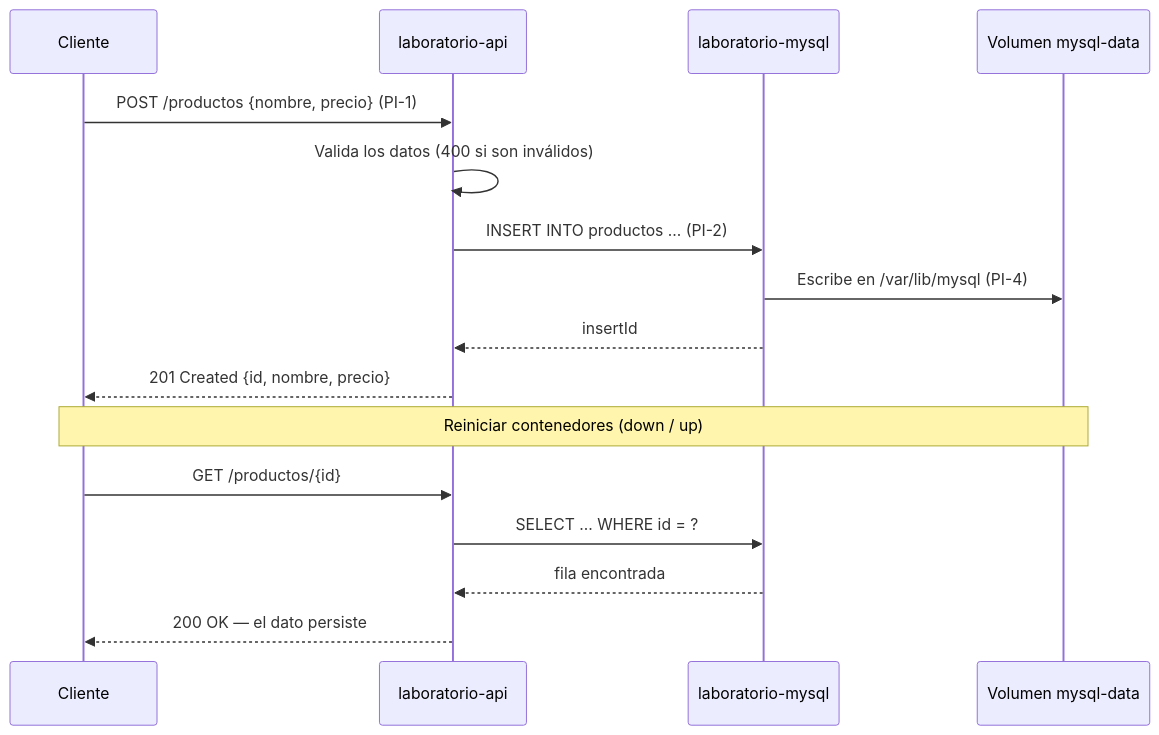
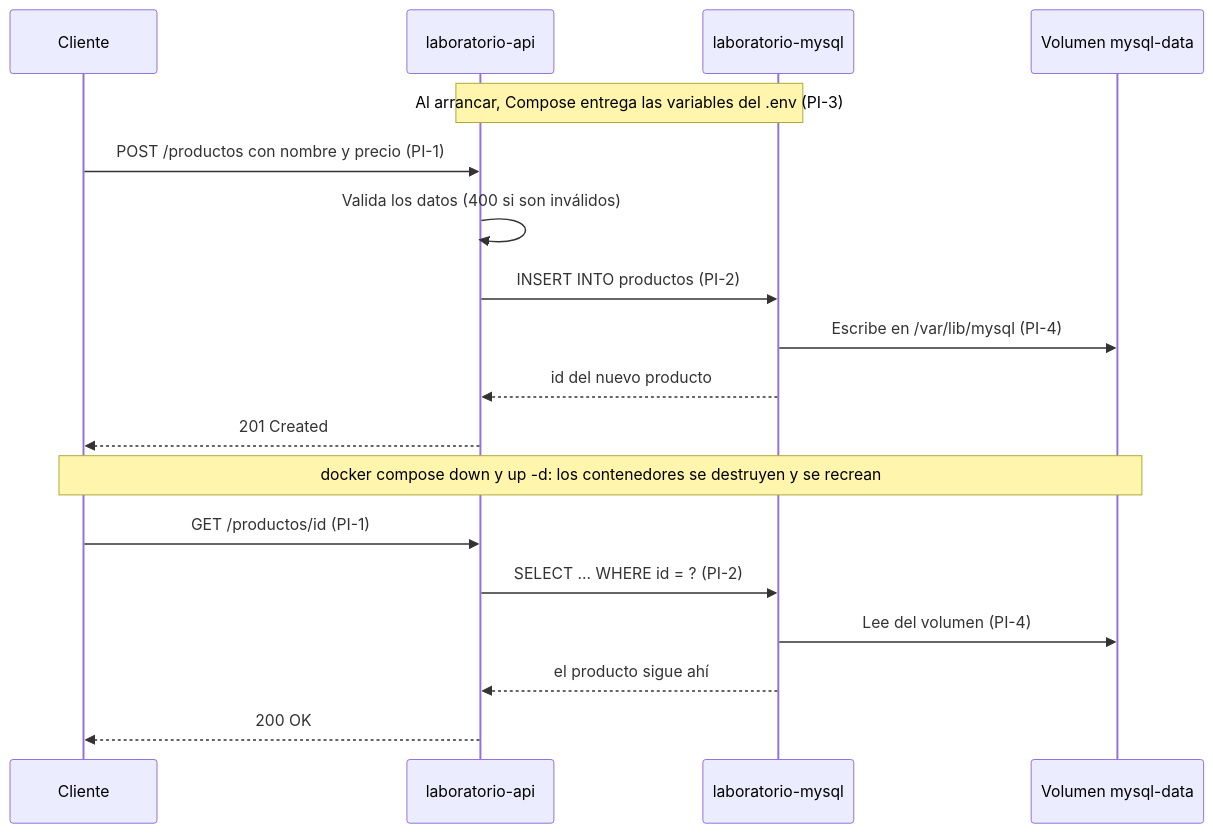
Before and after one commit to Jhonzn/exposicion-a-c-s: the second of 2 diagrams in docs/arquitectura.md, drawn with Mermaid. The commit also changed other lines of this file, not shown here.

First line of the commit message:
docs: alinear arquitectura.md con el plan del equipo (fase 1 de R2)

````diff
--- a/docs/arquitectura.md
+++ b/docs/arquitectura.md
@@ -114,19 +104,21 @@
 ```mermaid
 sequenceDiagram
     participant C as Cliente
     participant A as laboratorio-api
     participant M as laboratorio-mysql
     participant V as Volumen mysql-data
 
-    C->>A: POST /productos {nombre, precio}  (PI-1)
+    Note over A,M: Al arrancar, Compose entrega las variables del .env (PI-3)
+    C->>A: POST /productos con nombre y precio (PI-1)
     A->>A: Valida los datos (400 si son inválidos)
-    A->>M: INSERT INTO productos ...  (PI-2)
-    M->>V: Escribe en /var/lib/mysql  (PI-4)
-    M-->>A: insertId
-    A-->>C: 201 Created {id, nombre, precio}
-    Note over C,V: Reiniciar contenedores (down / up)
-    C->>A: GET /productos/{id}
-    A->>M: SELECT ... WHERE id = ?
-    M-->>A: fila encontrada
-    A-->>C: 200 OK — el dato persiste
+    A->>M: INSERT INTO productos (PI-2)
+    M->>V: Escribe en /var/lib/mysql (PI-4)
+    M-->>A: id del nuevo producto
+    A-->>C: 201 Created
+    Note over C,V: docker compose down y up -d: los contenedores se destruyen y se recrean
+    C->>A: GET /productos/id (PI-1)
+    A->>M: SELECT ... WHERE id = ? (PI-2)
+    M->>V: Lee del volumen (PI-4)
+    M-->>A: el producto sigue ahí
+    A-->>C: 200 OK
 ```
````
